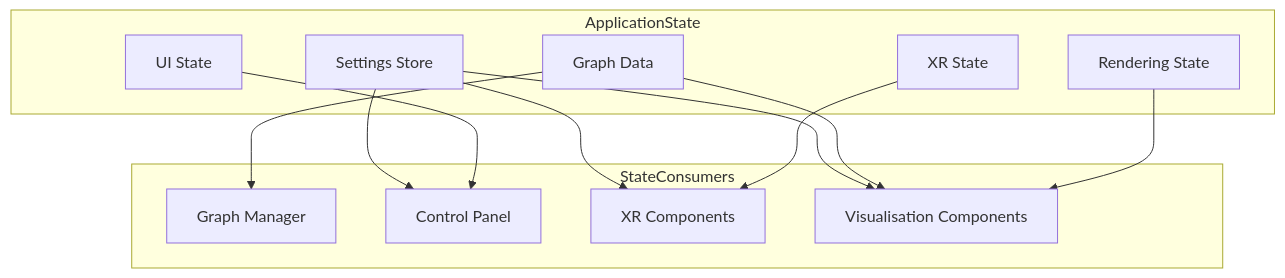
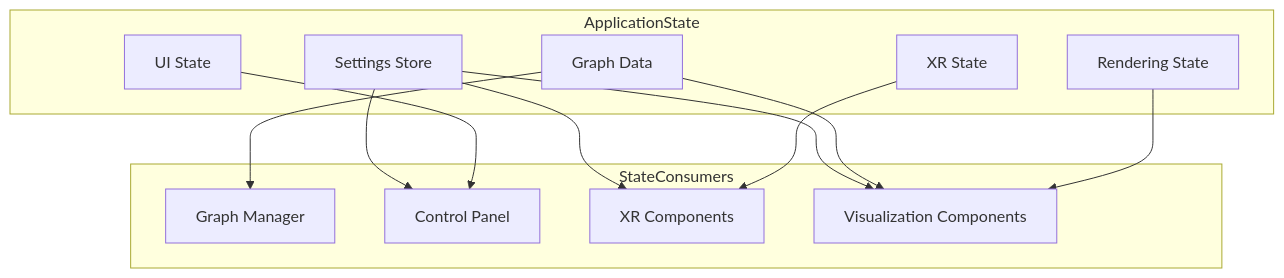
Before and after one commit to DreamLab-AI/VisionFlow: the first of 3 diagrams in docs/client/state.md, drawn with Mermaid. The commit also changed other lines of this file and 61 other files, not shown here.

````diff
--- a/docs/client/state.md
+++ b/docs/client/state.md
@@ -15,28 +15,28 @@
 ```mermaid
 flowchart TB
     subgraph ApplicationState
         Settings[Settings Store]
         GraphData[Graph Data]
         UIState[UI State]
         RenderState[Rendering State]
         XRState[XR State]
     end
 
     subgraph StateConsumers
         GraphManager[Graph Manager]
         ControlPanel[Control Panel]
         XRComponents[XR Components]
-        VisualisationComponents[Visualisation Components]
+        VisualizationComponents[Visualization Components]
     end
 
-    Settings --> VisualisationComponents
+    Settings --> VisualizationComponents
     Settings --> ControlPanel
     Settings --> XRComponents
 
     GraphData --> GraphManager
-    GraphData --> VisualisationComponents
+    GraphData --> VisualizationComponents
 
     UIState --> ControlPanel
-    RenderState --> VisualisationComponents
+    RenderState --> VisualizationComponents
     XRState --> XRComponents
 ```
````
